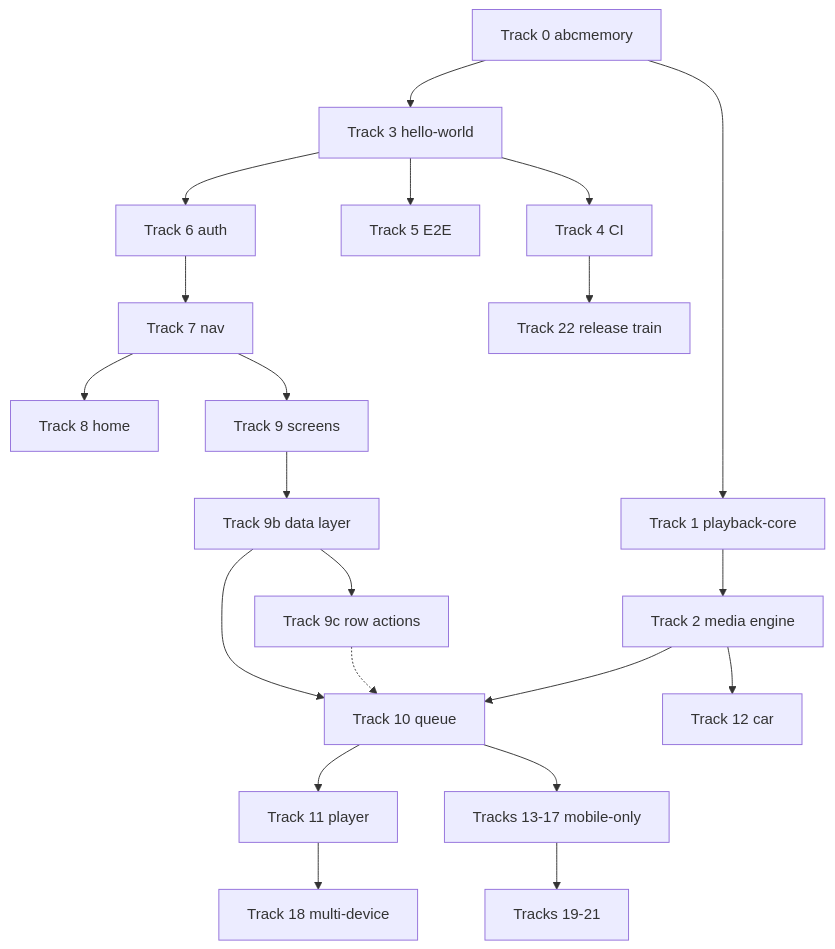
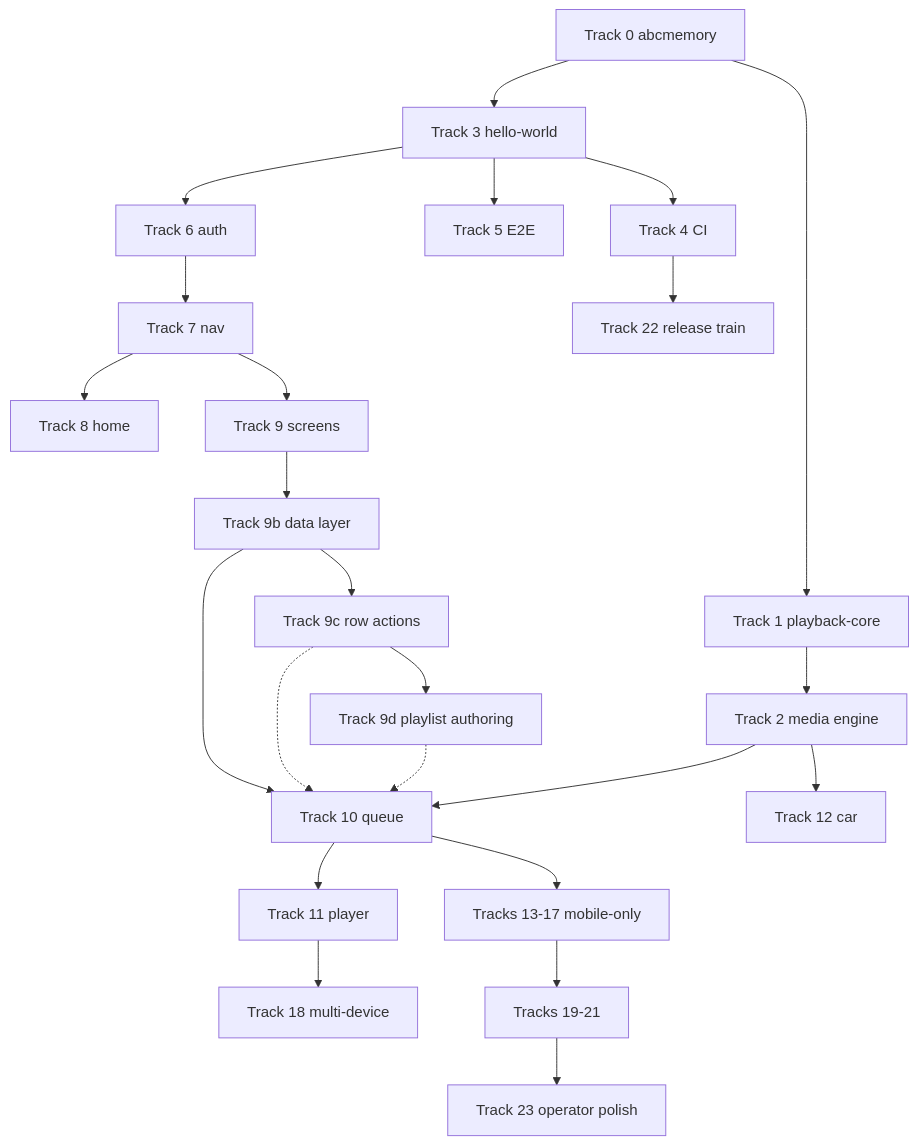
The first of 2 diagrams in docs/proposals/mobile/_master-plan_/001-MASTER-PLAN.md (podverse/podverse), drawn with Mermaid before and after one commit. The commit also changed other lines of this file and 25 other files, not shown here.

First line of the commit message:
Refine mobile development documentation for visual parity and operator polish

````diff
--- a/docs/proposals/mobile/_master-plan_/001-MASTER-PLAN.md
+++ b/docs/proposals/mobile/_master-plan_/001-MASTER-PLAN.md
@@ -84,23 +106,26 @@
 ```mermaid
 flowchart TB
   T0[Track 0 abcmemory] --> T1[Track 1 playback-core]
   T0 --> T3[Track 3 hello-world]
   T1 --> T2[Track 2 media engine]
   T3 --> T4[Track 4 CI]
   T3 --> T5[Track 5 E2E]
   T3 --> T6[Track 6 auth]
   T6 --> T7[Track 7 nav]
   T7 --> T8[Track 8 home]
   T7 --> T9[Track 9 screens]
   T9 --> T9b[Track 9b data layer]
   T9b --> T10[Track 10 queue]
   T9b --> T9c[Track 9c row actions]
+  T9c --> T9d[Track 9d playlist authoring]
   T9c -.-> T10
+  T9d -.-> T10
   T2 --> T10
   T10 --> T11[Track 11 player]
   T2 --> T12[Track 12 car]
   T10 --> T13[Tracks 13-17 mobile-only]
   T11 --> T18[Track 18 multi-device]
   T13 --> T19[Tracks 19-21]
   T4 --> T22[Track 22 release train]
+  T19 --> T23[Track 23 operator polish]
 ```
````
